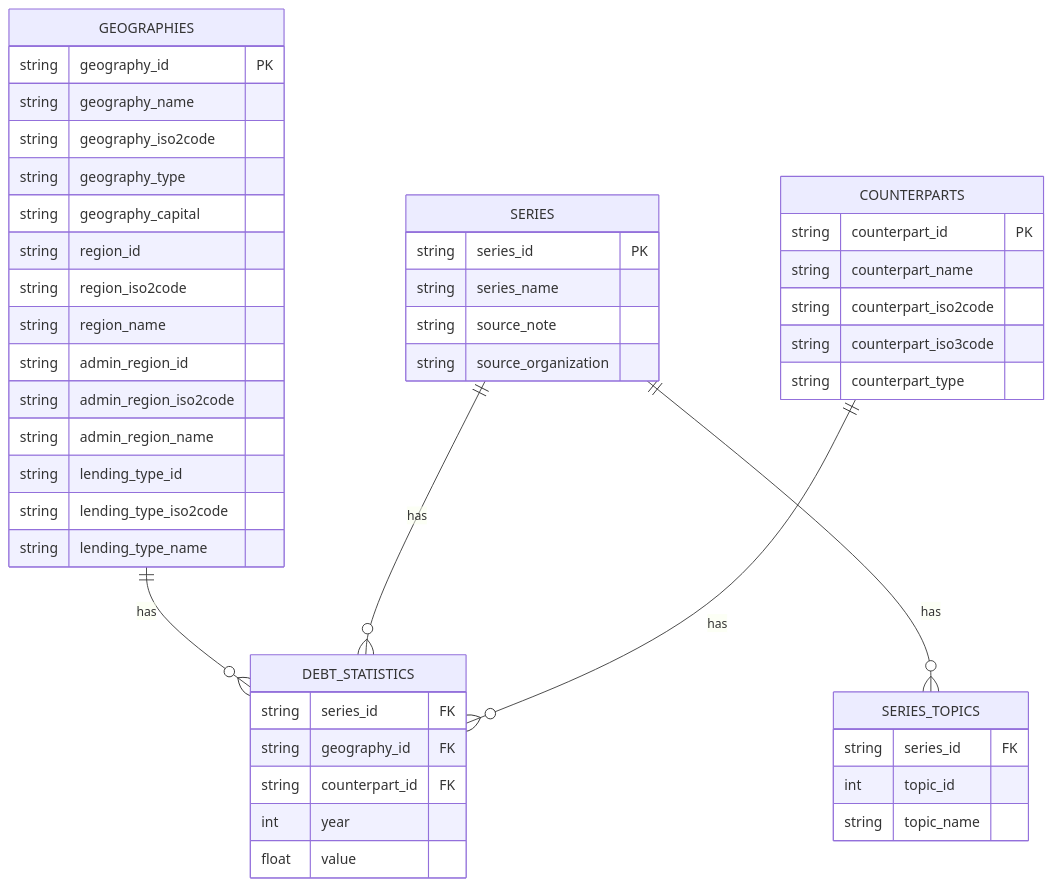
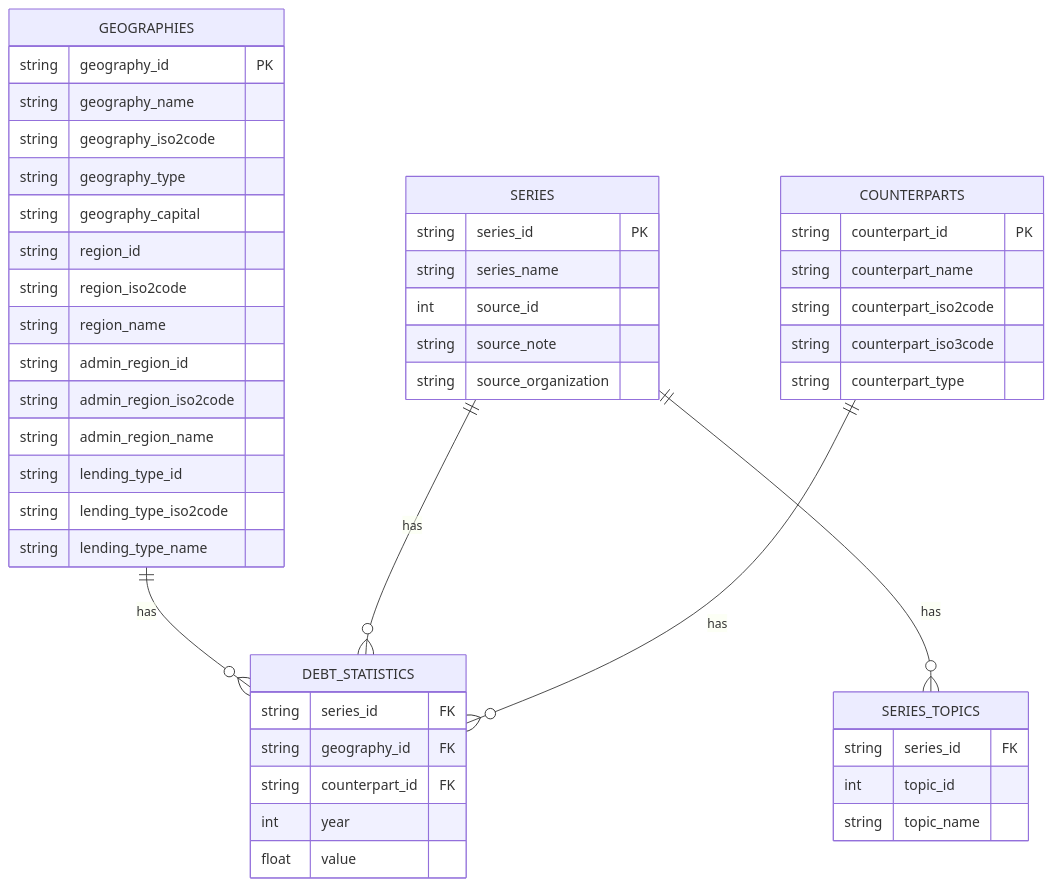
One commit to Teal-Insights/r-wbids changed the diagram in vignettes/data-model.qmd. Above: the diagram before and after it, drawn with Mermaid. The commit also changed other lines of this file, not shown here.

````diff
--- a/vignettes/data-model.qmd
+++ b/vignettes/data-model.qmd
@@ -14,50 +14,51 @@
 ```{mermaid}
 %%| fig-width: 12
 %%| fig-height: 8
 erDiagram
     GEOGRAPHIES ||--o{ DEBT_STATISTICS : has
     GEOGRAPHIES {
         string geography_id PK
         string geography_name
         string geography_iso2code
         string geography_type
         string geography_capital
         string region_id
         string region_iso2code
         string region_name
         string admin_region_id
         string admin_region_iso2code
         string admin_region_name
         string lending_type_id
         string lending_type_iso2code
         string lending_type_name
     }
     SERIES ||--o{ DEBT_STATISTICS : has
     SERIES ||--o{ SERIES_TOPICS : has
     SERIES {
         string series_id PK
         string series_name
+        int source_id
         string source_note
         string source_organization
     }
     COUNTERPARTS ||--o{ DEBT_STATISTICS : has
     COUNTERPARTS {
         string counterpart_id PK
         string counterpart_name
         string counterpart_iso2code
         string counterpart_iso3code
         string counterpart_type
     }
     SERIES_TOPICS {
         string series_id FK
         int topic_id 
         string topic_name 
     }
     DEBT_STATISTICS {
         string series_id FK
         string geography_id FK
         string counterpart_id FK
         int year
         float value
     }
 ```
````
